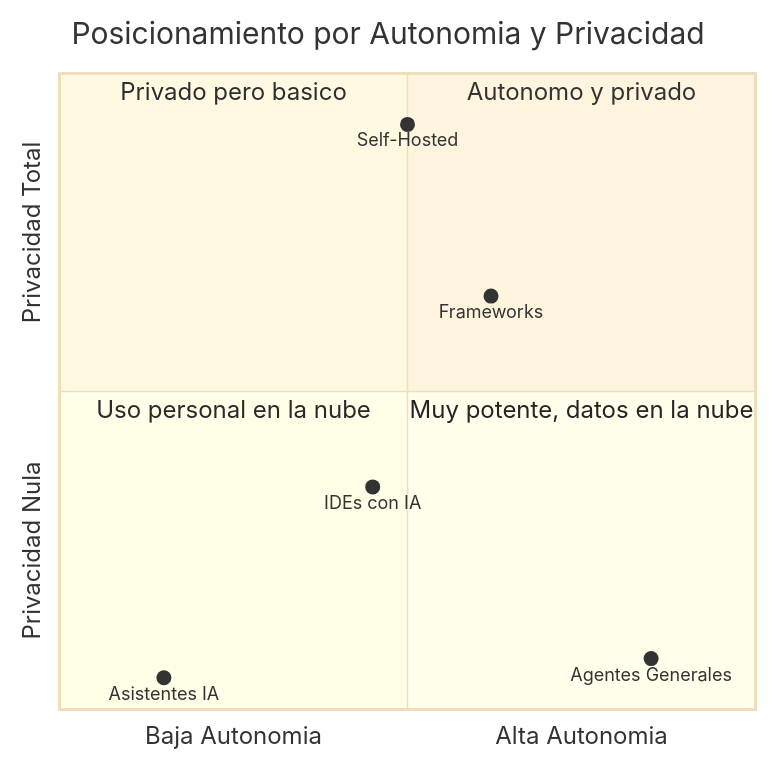
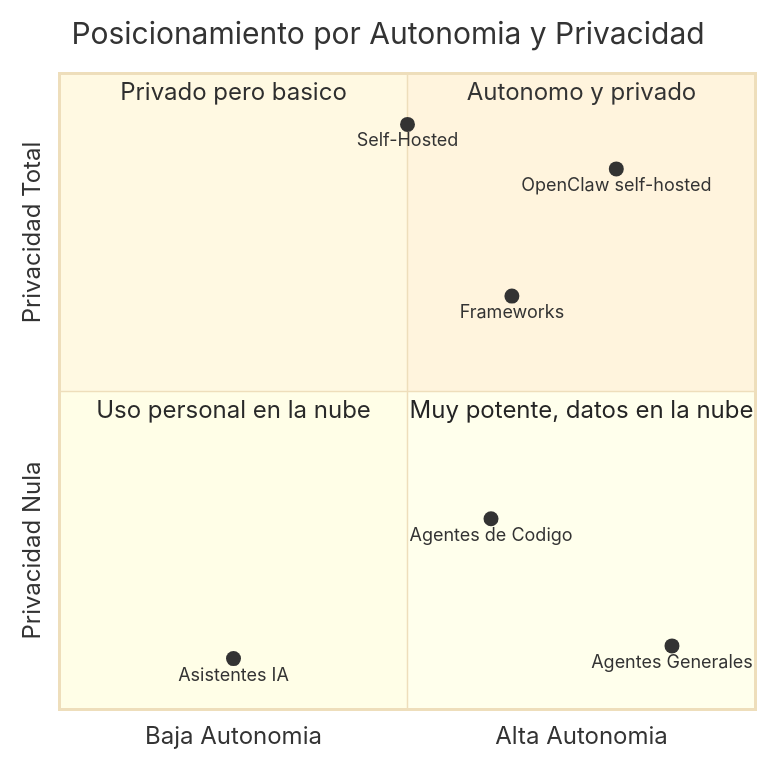
The second of 6 diagrams in README.md (pjbarberoiglesias/Panorama-IA), drawn with Mermaid before and after one commit. The commit also changed other lines of this file and 3 other files, not shown here.

````diff
--- a/README.md
+++ b/README.md
@@ -56,16 +56,17 @@
 ```mermaid
 %%{init: {'theme': 'base'}}%%
 quadrantChart
     title Posicionamiento por Autonomia y Privacidad
     x-axis "Baja Autonomia" --> "Alta Autonomia"
     y-axis "Privacidad Nula" --> "Privacidad Total"
     quadrant-1 Autonomo y privado
     quadrant-2 Privado pero basico
     quadrant-3 Uso personal en la nube
     quadrant-4 Muy potente, datos en la nube
-    Asistentes IA: [0.15, 0.05]
-    IDEs con IA: [0.45, 0.35]
-    Agentes Generales: [0.85, 0.08]
+    Asistentes IA: [0.25, 0.08]
+    Agentes de Codigo: [0.62, 0.30]
+    Agentes Generales: [0.88, 0.10]
     Self-Hosted: [0.50, 0.92]
-    Frameworks: [0.62, 0.65]
+    Frameworks: [0.65, 0.65]
+    OpenClaw self-hosted: [0.80, 0.85]
 ```
````
